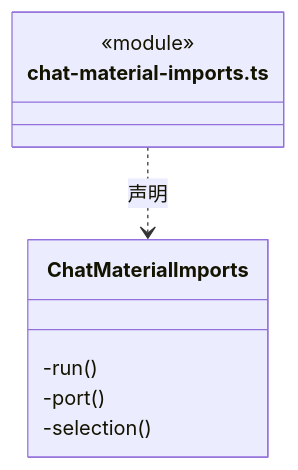
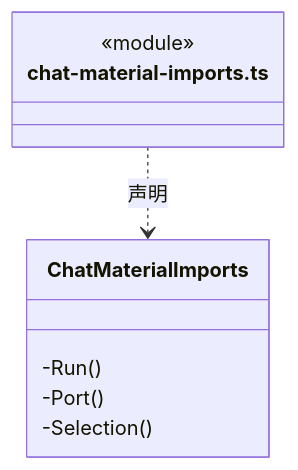
Before and after one commit to nan023062/cbim: the third of 5 diagrams in src/logic/materials/service/ARCHITECTURE.md, drawn with Mermaid. The commit also changed other lines of this file and 1035 other files, not shown here.

````diff
--- a/src/logic/materials/service/ARCHITECTURE.md
+++ b/src/logic/materials/service/ARCHITECTURE.md
@@ -100,12 +100,12 @@
 ```mermaid
 classDiagram
 class N_src_logic_materials_service_chat_material_imports_ts["chat-material-imports.ts"] {
   <<module>>
 }
 class N_src_logic_materials_service_chat_material_imports_ts_ChatMaterialImports["ChatMaterialImports"] {
-  -run()
-  -port()
-  -selection()
+  -Run()
+  -Port()
+  -Selection()
 }
 N_src_logic_materials_service_chat_material_imports_ts ..> N_src_logic_materials_service_chat_material_imports_ts_ChatMaterialImports : 声明
 ```
````
